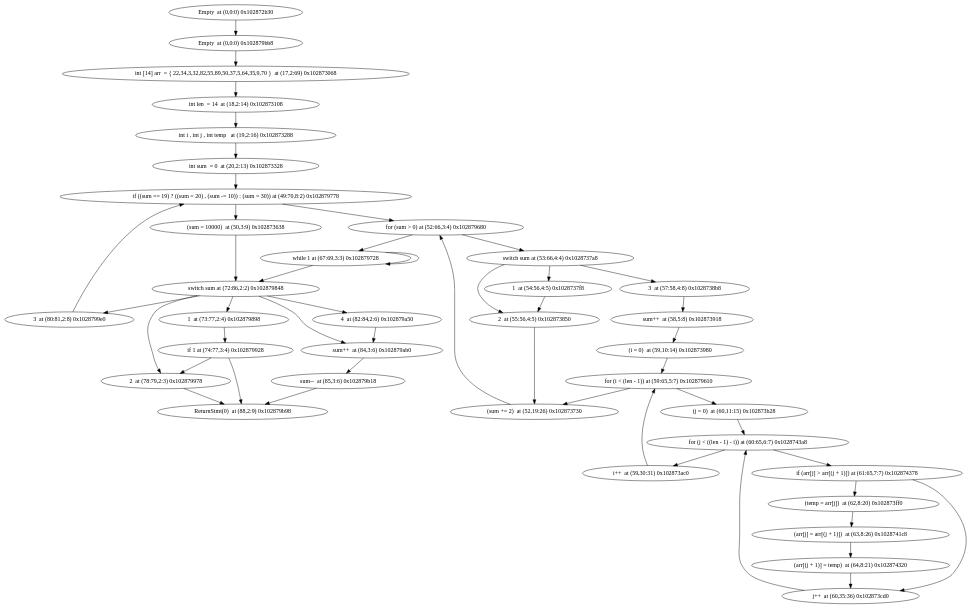
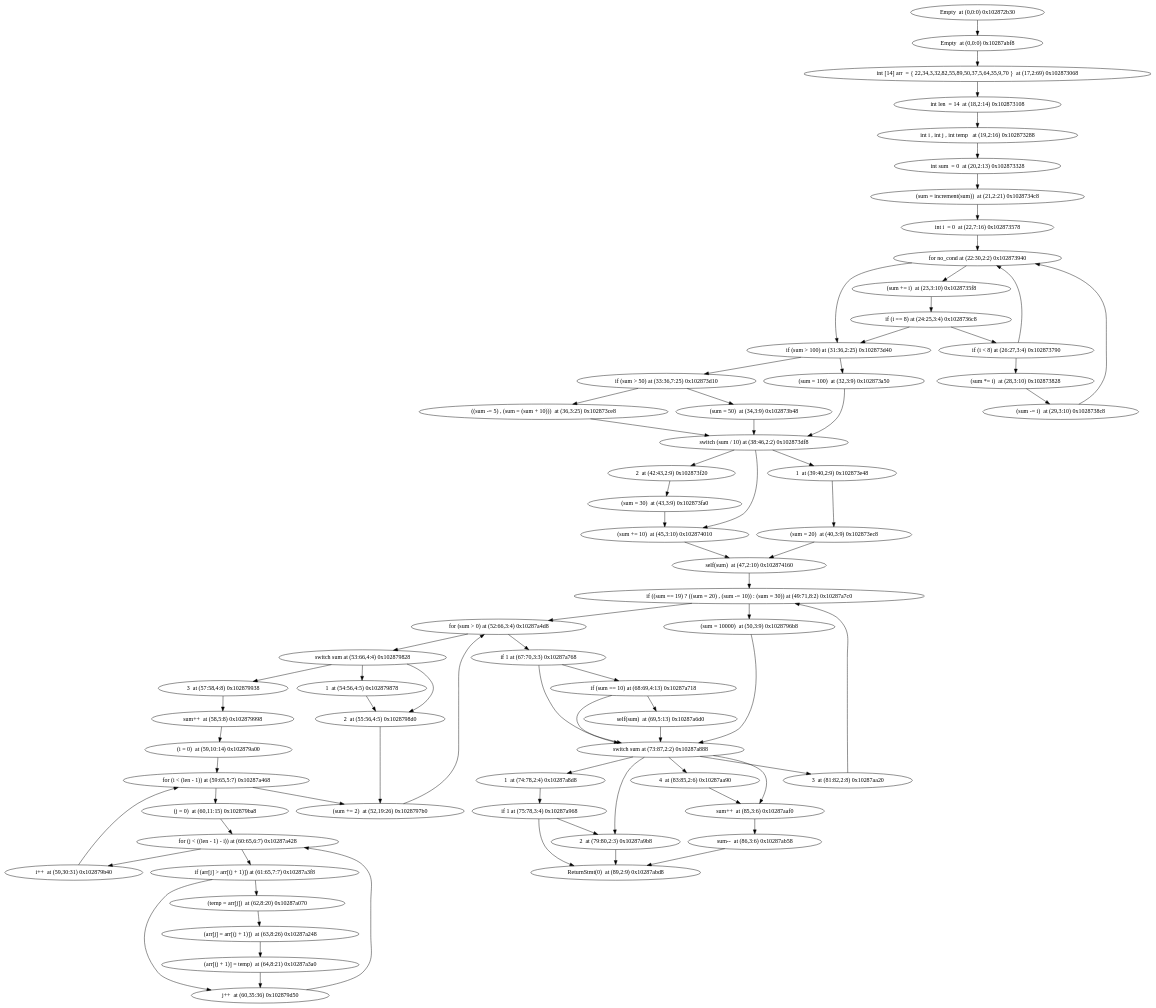
The diagram in ModelChecker/test.dot (jxw1102/Projet-merou), drawn with Graphviz before and after one commit. The commit also changed 5 other files, not shown here.

```diff
--- a/ModelChecker/test.dot
+++ b/ModelChecker/test.dot
@@ -1,49 +1,79 @@
 digraph {
-"Empty  at (0,0:0) 0x102872b30" -> "Empty  at (0,0:0) 0x102879bb8"
-"Empty  at (0,0:0) 0x102879bb8" -> "int [14] arr  = { 22,34,3,32,82,55,89,50,37,5,64,35,9,70 }  at (17,2:69) 0x102873068"
+"Empty  at (0,0:0) 0x102872b30" -> "Empty  at (0,0:0) 0x10287abf8"
+"Empty  at (0,0:0) 0x10287abf8" -> "int [14] arr  = { 22,34,3,32,82,55,89,50,37,5,64,35,9,70 }  at (17,2:69) 0x102873068"
 "int [14] arr  = { 22,34,3,32,82,55,89,50,37,5,64,35,9,70 }  at (17,2:69) 0x102873068" -> "int len  = 14  at (18,2:14) 0x102873108"
 "int len  = 14  at (18,2:14) 0x102873108" -> "int i , int j , int temp   at (19,2:16) 0x102873288"
 "int i , int j , int temp   at (19,2:16) 0x102873288" -> "int sum  = 0  at (20,2:13) 0x102873328"
-"int sum  = 0  at (20,2:13) 0x102873328" -> "if ((sum == 19) ? ((sum = 20) , (sum -= 10)) : (sum = 30)) at (49:70,8:2) 0x102879778"
-"if ((sum == 19) ? ((sum = 20) , (sum -= 10)) : (sum = 30)) at (49:70,8:2) 0x102879778" -> "(sum = 10000)  at (50,3:9) 0x102873638"
-"if ((sum == 19) ? ((sum = 20) , (sum -= 10)) : (sum = 30)) at (49:70,8:2) 0x102879778" -> "for (sum > 0) at (52:66,3:4) 0x102879680"
-"(sum = 10000)  at (50,3:9) 0x102873638" -> "switch sum at (72:86,2:2) 0x102879848"
-"switch sum at (72:86,2:2) 0x102879848" -> "3  at (80:81,2:8) 0x1028799e0"
-"switch sum at (72:86,2:2) 0x102879848" -> "2  at (78:79,2:3) 0x102879978"
-"switch sum at (72:86,2:2) 0x102879848" -> "4  at (82:84,2:6) 0x102879a50"
-"switch sum at (72:86,2:2) 0x102879848" -> "1  at (73:77,2:4) 0x102879898"
-"switch sum at (72:86,2:2) 0x102879848" -> "sum++  at (84,3:6) 0x102879ab0"
-"3  at (80:81,2:8) 0x1028799e0" -> "if ((sum == 19) ? ((sum = 20) , (sum -= 10)) : (sum = 30)) at (49:70,8:2) 0x102879778"
-"2  at (78:79,2:3) 0x102879978" -> "ReturnStmt(0)  at (88,2:9) 0x102879b98"
-"4  at (82:84,2:6) 0x102879a50" -> "sum++  at (84,3:6) 0x102879ab0"
-"sum++  at (84,3:6) 0x102879ab0" -> "sum--  at (85,3:6) 0x102879b18"
-"sum--  at (85,3:6) 0x102879b18" -> "ReturnStmt(0)  at (88,2:9) 0x102879b98"
-"1  at (73:77,2:4) 0x102879898" -> "if 1 at (74:77,3:4) 0x102879928"
-"if 1 at (74:77,3:4) 0x102879928" -> "2  at (78:79,2:3) 0x102879978"
-"if 1 at (74:77,3:4) 0x102879928" -> "ReturnStmt(0)  at (88,2:9) 0x102879b98"
-"for (sum > 0) at (52:66,3:4) 0x102879680" -> "switch sum at (53:66,4:4) 0x1028737a8"
-"for (sum > 0) at (52:66,3:4) 0x102879680" -> "while 1 at (67:69,3:3) 0x102879728"
-"switch sum at (53:66,4:4) 0x1028737a8" -> "3  at (57:58,4:8) 0x1028738b8"
-"switch sum at (53:66,4:4) 0x1028737a8" -> "2  at (55:56,4:5) 0x102873850"
-"switch sum at (53:66,4:4) 0x1028737a8" -> "1  at (54:56,4:5) 0x1028737f8"
-"3  at (57:58,4:8) 0x1028738b8" -> "sum++  at (58,5:8) 0x102873918"
-"sum++  at (58,5:8) 0x102873918" -> "(i = 0)  at (59,10:14) 0x102873980"
-"(i = 0)  at (59,10:14) 0x102873980" -> "for (i < (len - 1)) at (59:65,5:7) 0x102879610"
-"for (i < (len - 1)) at (59:65,5:7) 0x102879610" -> "(sum += 2)  at (52,19:26) 0x102873730"
-"for (i < (len - 1)) at (59:65,5:7) 0x102879610" -> "(j = 0)  at (60,11:15) 0x102873b28"
-"(sum += 2)  at (52,19:26) 0x102873730" -> "for (sum > 0) at (52:66,3:4) 0x102879680"
-"(j = 0)  at (60,11:15) 0x102873b28" -> "for (j < ((len - 1) - i)) at (60:65,6:7) 0x1028743a8"
-"for (j < ((len - 1) - i)) at (60:65,6:7) 0x1028743a8" -> "i++  at (59,30:31) 0x102873ac0"
-"for (j < ((len - 1) - i)) at (60:65,6:7) 0x1028743a8" -> "if (arr[j] > arr[(j + 1)]) at (61:65,7:7) 0x102874378"
-"i++  at (59,30:31) 0x102873ac0" -> "for (i < (len - 1)) at (59:65,5:7) 0x102879610"
-"if (arr[j] > arr[(j + 1)]) at (61:65,7:7) 0x102874378" -> "j++  at (60,35:36) 0x102873cd0"
-"if (arr[j] > arr[(j + 1)]) at (61:65,7:7) 0x102874378" -> "(temp = arr[j])  at (62,8:20) 0x102873ff0"
-"j++  at (60,35:36) 0x102873cd0" -> "for (j < ((len - 1) - i)) at (60:65,6:7) 0x1028743a8"
-"(temp = arr[j])  at (62,8:20) 0x102873ff0" -> "(arr[j] = arr[(j + 1)])  at (63,8:26) 0x1028741c8"
-"(arr[j] = arr[(j + 1)])  at (63,8:26) 0x1028741c8" -> "(arr[(j + 1)] = temp)  at (64,8:21) 0x102874320"
-"(arr[(j + 1)] = temp)  at (64,8:21) 0x102874320" -> "j++  at (60,35:36) 0x102873cd0"
-"2  at (55:56,4:5) 0x102873850" -> "(sum += 2)  at (52,19:26) 0x102873730"
-"1  at (54:56,4:5) 0x1028737f8" -> "2  at (55:56,4:5) 0x102873850"
-"while 1 at (67:69,3:3) 0x102879728" -> "while 1 at (67:69,3:3) 0x102879728"
-"while 1 at (67:69,3:3) 0x102879728" -> "switch sum at (72:86,2:2) 0x102879848"
+"int sum  = 0  at (20,2:13) 0x102873328" -> "(sum = increment(sum))  at (21,2:21) 0x1028734c8"
+"(sum = increment(sum))  at (21,2:21) 0x1028734c8" -> "int i  = 0  at (22,7:16) 0x102873578"
+"int i  = 0  at (22,7:16) 0x102873578" -> "for no_cond at (22:30,2:2) 0x102873940"
+"for no_cond at (22:30,2:2) 0x102873940" -> "if (sum > 100) at (31:36,2:25) 0x102873d40"
+"for no_cond at (22:30,2:2) 0x102873940" -> "(sum += i)  at (23,3:10) 0x1028735f8"
+"if (sum > 100) at (31:36,2:25) 0x102873d40" -> "(sum = 100)  at (32,3:9) 0x102873a50"
+"if (sum > 100) at (31:36,2:25) 0x102873d40" -> "if (sum > 50) at (33:36,7:25) 0x102873d10"
+"(sum = 100)  at (32,3:9) 0x102873a50" -> "switch (sum / 10) at (38:46,2:2) 0x102873df8"
+"switch (sum / 10) at (38:46,2:2) 0x102873df8" -> "1  at (39:40,2:9) 0x102873e48"
+"switch (sum / 10) at (38:46,2:2) 0x102873df8" -> "(sum += 10)  at (45,3:10) 0x102874010"
+"switch (sum / 10) at (38:46,2:2) 0x102873df8" -> "2  at (42:43,2:9) 0x102873f20"
+"1  at (39:40,2:9) 0x102873e48" -> "(sum = 20)  at (40,3:9) 0x102873ec8"
+"(sum = 20)  at (40,3:9) 0x102873ec8" -> "self(sum)  at (47,2:10) 0x102874160"
+"self(sum)  at (47,2:10) 0x102874160" -> "if ((sum == 19) ? ((sum = 20) , (sum -= 10)) : (sum = 30)) at (49:71,8:2) 0x10287a7c0"
+"if ((sum == 19) ? ((sum = 20) , (sum -= 10)) : (sum = 30)) at (49:71,8:2) 0x10287a7c0" -> "for (sum > 0) at (52:66,3:4) 0x10287a4d8"
+"if ((sum == 19) ? ((sum = 20) , (sum -= 10)) : (sum = 30)) at (49:71,8:2) 0x10287a7c0" -> "(sum = 10000)  at (50,3:9) 0x1028796b8"
+"for (sum > 0) at (52:66,3:4) 0x10287a4d8" -> "switch sum at (53:66,4:4) 0x102879828"
+"for (sum > 0) at (52:66,3:4) 0x10287a4d8" -> "if 1 at (67:70,3:3) 0x10287a768"
+"switch sum at (53:66,4:4) 0x102879828" -> "3  at (57:58,4:8) 0x102879938"
+"switch sum at (53:66,4:4) 0x102879828" -> "1  at (54:56,4:5) 0x102879878"
+"switch sum at (53:66,4:4) 0x102879828" -> "2  at (55:56,4:5) 0x1028798d0"
+"3  at (57:58,4:8) 0x102879938" -> "sum++  at (58,5:8) 0x102879998"
+"sum++  at (58,5:8) 0x102879998" -> "(i = 0)  at (59,10:14) 0x102879a00"
+"(i = 0)  at (59,10:14) 0x102879a00" -> "for (i < (len - 1)) at (59:65,5:7) 0x10287a468"
+"for (i < (len - 1)) at (59:65,5:7) 0x10287a468" -> "(j = 0)  at (60,11:15) 0x102879ba8"
+"for (i < (len - 1)) at (59:65,5:7) 0x10287a468" -> "(sum += 2)  at (52,19:26) 0x1028797b0"
+"(j = 0)  at (60,11:15) 0x102879ba8" -> "for (j < ((len - 1) - i)) at (60:65,6:7) 0x10287a428"
+"for (j < ((len - 1) - i)) at (60:65,6:7) 0x10287a428" -> "i++  at (59,30:31) 0x102879b40"
+"for (j < ((len - 1) - i)) at (60:65,6:7) 0x10287a428" -> "if (arr[j] > arr[(j + 1)]) at (61:65,7:7) 0x10287a3f8"
+"i++  at (59,30:31) 0x102879b40" -> "for (i < (len - 1)) at (59:65,5:7) 0x10287a468"
+"if (arr[j] > arr[(j + 1)]) at (61:65,7:7) 0x10287a3f8" -> "j++  at (60,35:36) 0x102879d50"
+"if (arr[j] > arr[(j + 1)]) at (61:65,7:7) 0x10287a3f8" -> "(temp = arr[j])  at (62,8:20) 0x10287a070"
+"j++  at (60,35:36) 0x102879d50" -> "for (j < ((len - 1) - i)) at (60:65,6:7) 0x10287a428"
+"(temp = arr[j])  at (62,8:20) 0x10287a070" -> "(arr[j] = arr[(j + 1)])  at (63,8:26) 0x10287a248"
+"(arr[j] = arr[(j + 1)])  at (63,8:26) 0x10287a248" -> "(arr[(j + 1)] = temp)  at (64,8:21) 0x10287a3a0"
+"(arr[(j + 1)] = temp)  at (64,8:21) 0x10287a3a0" -> "j++  at (60,35:36) 0x102879d50"
+"(sum += 2)  at (52,19:26) 0x1028797b0" -> "for (sum > 0) at (52:66,3:4) 0x10287a4d8"
+"1  at (54:56,4:5) 0x102879878" -> "2  at (55:56,4:5) 0x1028798d0"
+"2  at (55:56,4:5) 0x1028798d0" -> "(sum += 2)  at (52,19:26) 0x1028797b0"
+"if 1 at (67:70,3:3) 0x10287a768" -> "switch sum at (73:87,2:2) 0x10287a888"
+"if 1 at (67:70,3:3) 0x10287a768" -> "if (sum == 10) at (68:69,4:13) 0x10287a718"
+"switch sum at (73:87,2:2) 0x10287a888" -> "4  at (83:85,2:6) 0x10287aa90"
+"switch sum at (73:87,2:2) 0x10287a888" -> "2  at (79:80,2:3) 0x10287a9b8"
+"switch sum at (73:87,2:2) 0x10287a888" -> "3  at (81:82,2:8) 0x10287aa20"
+"switch sum at (73:87,2:2) 0x10287a888" -> "1  at (74:78,2:4) 0x10287a8d8"
+"switch sum at (73:87,2:2) 0x10287a888" -> "sum++  at (85,3:6) 0x10287aaf0"
+"4  at (83:85,2:6) 0x10287aa90" -> "sum++  at (85,3:6) 0x10287aaf0"
+"sum++  at (85,3:6) 0x10287aaf0" -> "sum--  at (86,3:6) 0x10287ab58"
+"sum--  at (86,3:6) 0x10287ab58" -> "ReturnStmt(0)  at (89,2:9) 0x10287abd8"
+"2  at (79:80,2:3) 0x10287a9b8" -> "ReturnStmt(0)  at (89,2:9) 0x10287abd8"
+"3  at (81:82,2:8) 0x10287aa20" -> "if ((sum == 19) ? ((sum = 20) , (sum -= 10)) : (sum = 30)) at (49:71,8:2) 0x10287a7c0"
+"1  at (74:78,2:4) 0x10287a8d8" -> "if 1 at (75:78,3:4) 0x10287a968"
+"if 1 at (75:78,3:4) 0x10287a968" -> "2  at (79:80,2:3) 0x10287a9b8"
+"if 1 at (75:78,3:4) 0x10287a968" -> "ReturnStmt(0)  at (89,2:9) 0x10287abd8"
+"if (sum == 10) at (68:69,4:13) 0x10287a718" -> "switch sum at (73:87,2:2) 0x10287a888"
+"if (sum == 10) at (68:69,4:13) 0x10287a718" -> "self(sum)  at (69,5:13) 0x10287a6d0"
+"self(sum)  at (69,5:13) 0x10287a6d0" -> "switch sum at (73:87,2:2) 0x10287a888"
+"(sum = 10000)  at (50,3:9) 0x1028796b8" -> "switch sum at (73:87,2:2) 0x10287a888"
+"(sum += 10)  at (45,3:10) 0x102874010" -> "self(sum)  at (47,2:10) 0x102874160"
+"2  at (42:43,2:9) 0x102873f20" -> "(sum = 30)  at (43,3:9) 0x102873fa0"
+"(sum = 30)  at (43,3:9) 0x102873fa0" -> "(sum += 10)  at (45,3:10) 0x102874010"
+"if (sum > 50) at (33:36,7:25) 0x102873d10" -> "((sum -= 5) , (sum = (sum + 10)))  at (36,3:25) 0x102873ce8"
+"if (sum > 50) at (33:36,7:25) 0x102873d10" -> "(sum = 50)  at (34,3:9) 0x102873b48"
+"((sum -= 5) , (sum = (sum + 10)))  at (36,3:25) 0x102873ce8" -> "switch (sum / 10) at (38:46,2:2) 0x102873df8"
+"(sum = 50)  at (34,3:9) 0x102873b48" -> "switch (sum / 10) at (38:46,2:2) 0x102873df8"
+"(sum += i)  at (23,3:10) 0x1028735f8" -> "if (i == 8) at (24:25,3:4) 0x1028736c8"
+"if (i == 8) at (24:25,3:4) 0x1028736c8" -> "if (sum > 100) at (31:36,2:25) 0x102873d40"
+"if (i == 8) at (24:25,3:4) 0x1028736c8" -> "if (i < 8) at (26:27,3:4) 0x102873790"
+"if (i < 8) at (26:27,3:4) 0x102873790" -> "for no_cond at (22:30,2:2) 0x102873940"
+"if (i < 8) at (26:27,3:4) 0x102873790" -> "(sum *= i)  at (28,3:10) 0x102873828"
+"(sum *= i)  at (28,3:10) 0x102873828" -> "(sum -= i)  at (29,3:10) 0x1028738c8"
+"(sum -= i)  at (29,3:10) 0x1028738c8" -> "for no_cond at (22:30,2:2) 0x102873940"
 }
```
